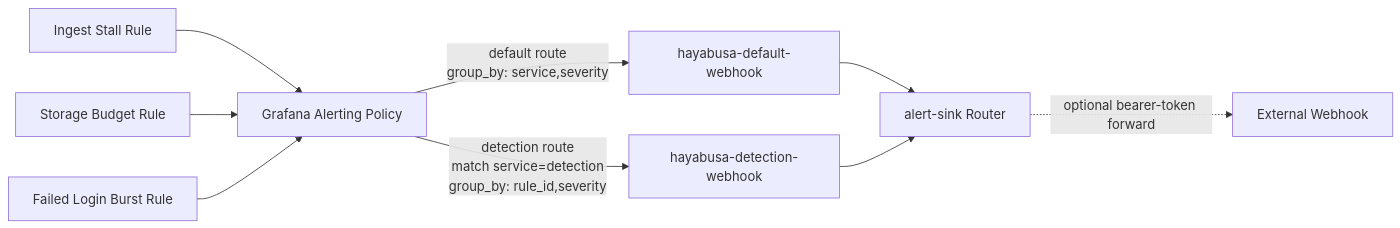
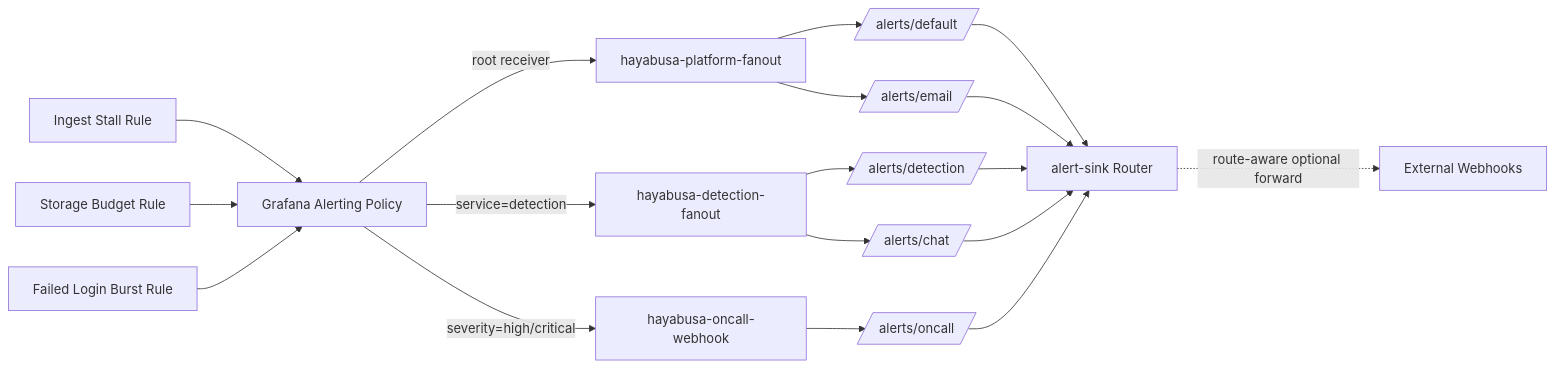
One commit to krazybean/Hayabusa changed the second of 2 diagrams in README.md. Above: the diagram before and after it, drawn with Mermaid. The commit also changed other lines of this file and 18 other files, not shown here.

Commit message:
feat: add alert fan-out lanes and detection tuning wave 2

````diff
--- a/README.md
+++ b/README.md
@@ -194,13 +194,24 @@
 ```mermaid
 flowchart LR
     A1[Ingest Stall Rule] --> G[Grafana Alerting Policy]
     A2[Storage Budget Rule] --> G
     A3[Failed Login Burst Rule] --> G
 
-    G -->|default route<br/>group_by: service,severity| R1[hayabusa-default-webhook]
-    G -->|detection route<br/>match service=detection<br/>group_by: rule_id,severity| R2[hayabusa-detection-webhook]
+    G -->|root receiver| R1[hayabusa-platform-fanout]
+    G -->|severity=high/critical| R2[hayabusa-oncall-webhook]
+    G -->|service=detection| R3[hayabusa-detection-fanout]
 
-    R1 --> Sink[alert-sink Router]
-    R2 --> Sink
-    Sink -. optional bearer-token forward .-> Ext[External Webhook]
+    R1 --> P1[/alerts/default/]
+    R1 --> P2[/alerts/email/]
+    R3 --> P3[/alerts/detection/]
+    R3 --> P4[/alerts/chat/]
+    R2 --> P5[/alerts/oncall/]
+
+    P1 --> Sink[alert-sink Router]
+    P2 --> Sink
+    P3 --> Sink
+    P4 --> Sink
+    P5 --> Sink
+
+    Sink -. route-aware optional forward .-> Ext[External Webhooks]
 ```
````
